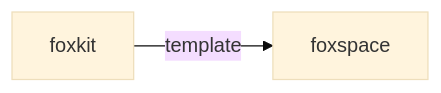
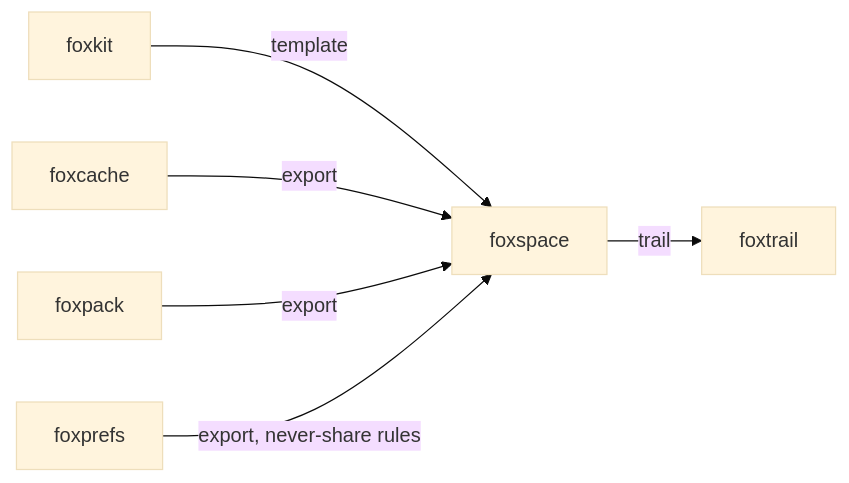
Before and after one commit to pooriaarab/foxspace: the second of 2 diagrams in README.md, drawn with Mermaid (base theme). The commit also changed other lines of this file, not shown here.

````diff
--- a/README.md
+++ b/README.md
@@ -69,5 +201,13 @@
 ```mermaid
 flowchart LR
   foxkit[foxkit] -- template --> self[foxspace]
+  foxcache[foxcache] -- export --> self
+  foxpack[foxpack] -- export --> self
+  foxprefs[foxprefs] -- export, never-share rules --> self
+  self -- trail --> foxtrail[foxtrail]
   click foxkit "https://github.com/pooriaarab/foxkit"
+  click foxcache "https://github.com/pooriaarab/foxcache"
+  click foxpack "https://github.com/pooriaarab/foxpack"
+  click foxprefs "https://github.com/pooriaarab/foxprefs"
+  click foxtrail "https://github.com/pooriaarab/foxtrail"
 ```
````
